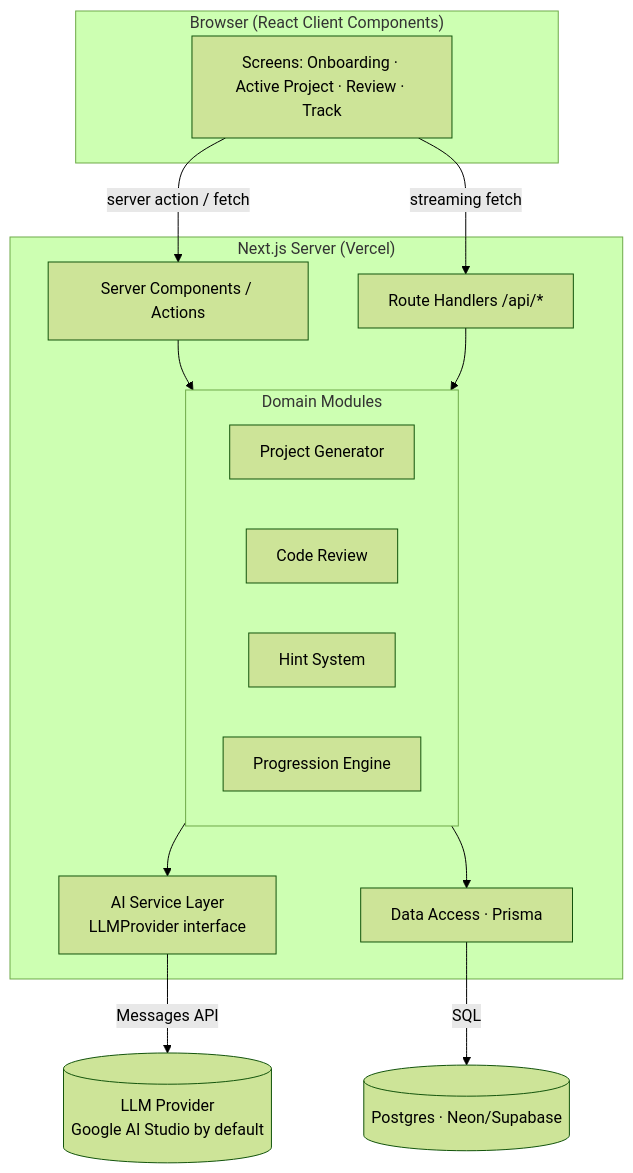
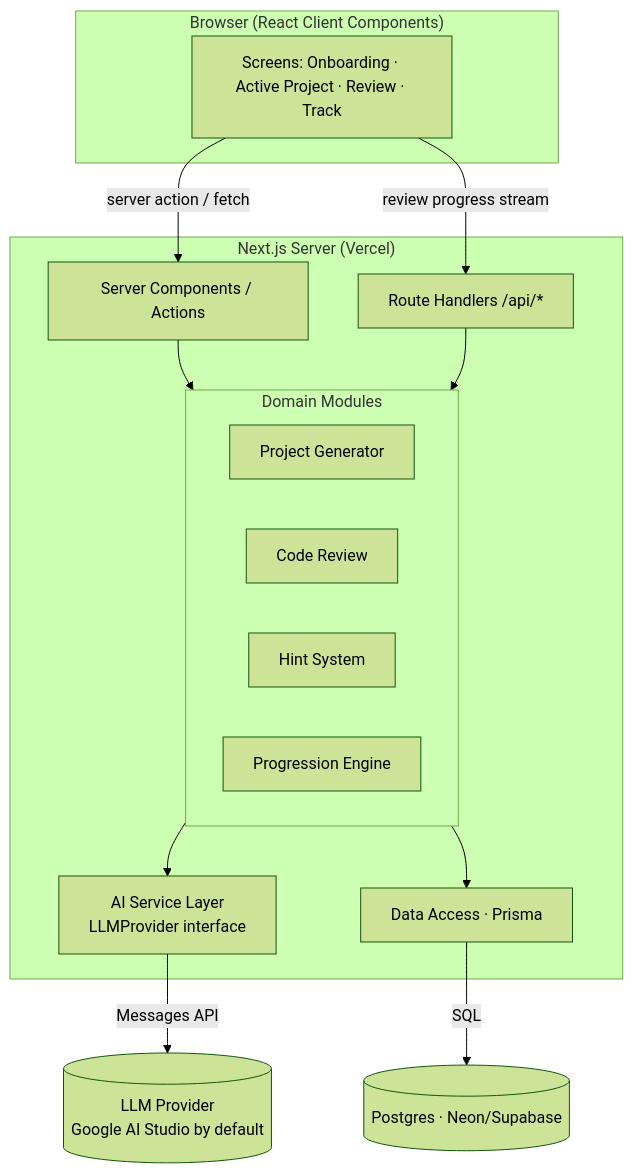
The first of 5 diagrams in ARCHITECTURE.md (reldeagle/Learn-By-Building), drawn with Mermaid (forest theme) before and after one commit. The commit also changed other lines of this file and 7 other files, not shown here.

````diff
--- a/ARCHITECTURE.md
+++ b/ARCHITECTURE.md
@@ -33,31 +33,31 @@
 ```mermaid
 flowchart TB
     subgraph Client["Browser (React Client Components)"]
         UI[Screens: Onboarding · Active Project · Review · Track]
     end
 
     subgraph Server["Next.js Server (Vercel)"]
         RSC[Server Components / Actions]
         API[Route Handlers /api/*]
         subgraph Domain["Domain Modules"]
             PG[Project Generator]
             CR[Code Review]
             HS[Hint System]
             PE[Progression Engine]
         end
         AISvc[AI Service Layer\nLLMProvider interface]
         Repo[Data Access · Prisma]
     end
 
     LLM[(LLM Provider\nGoogle AI Studio by default)]
     DB[(Postgres · Neon/Supabase)]
 
     UI -->|server action / fetch| RSC
-    UI -->|streaming fetch| API
+        UI -->|review progress stream| API
     RSC --> Domain
     API --> Domain
     Domain --> AISvc
     Domain --> Repo
     AISvc -->|Messages API| LLM
     Repo -->|SQL| DB
 ```
````
